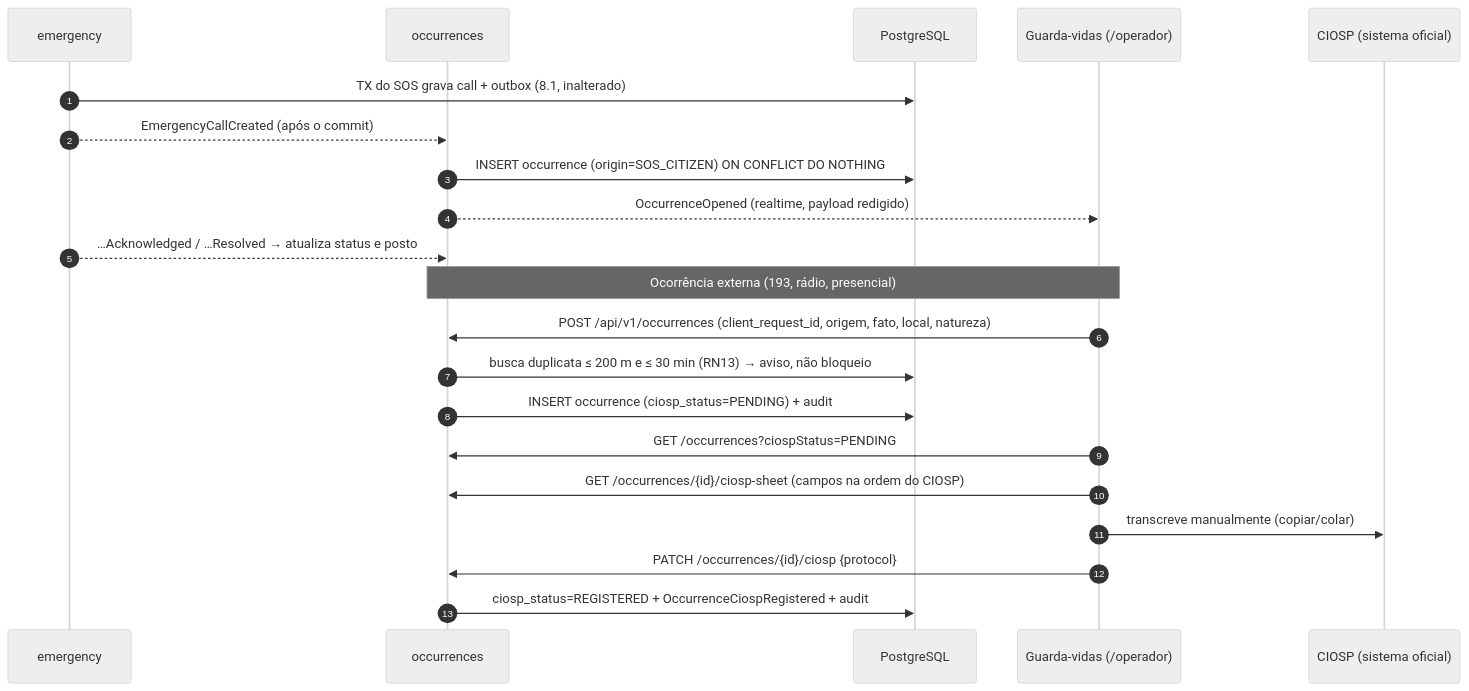
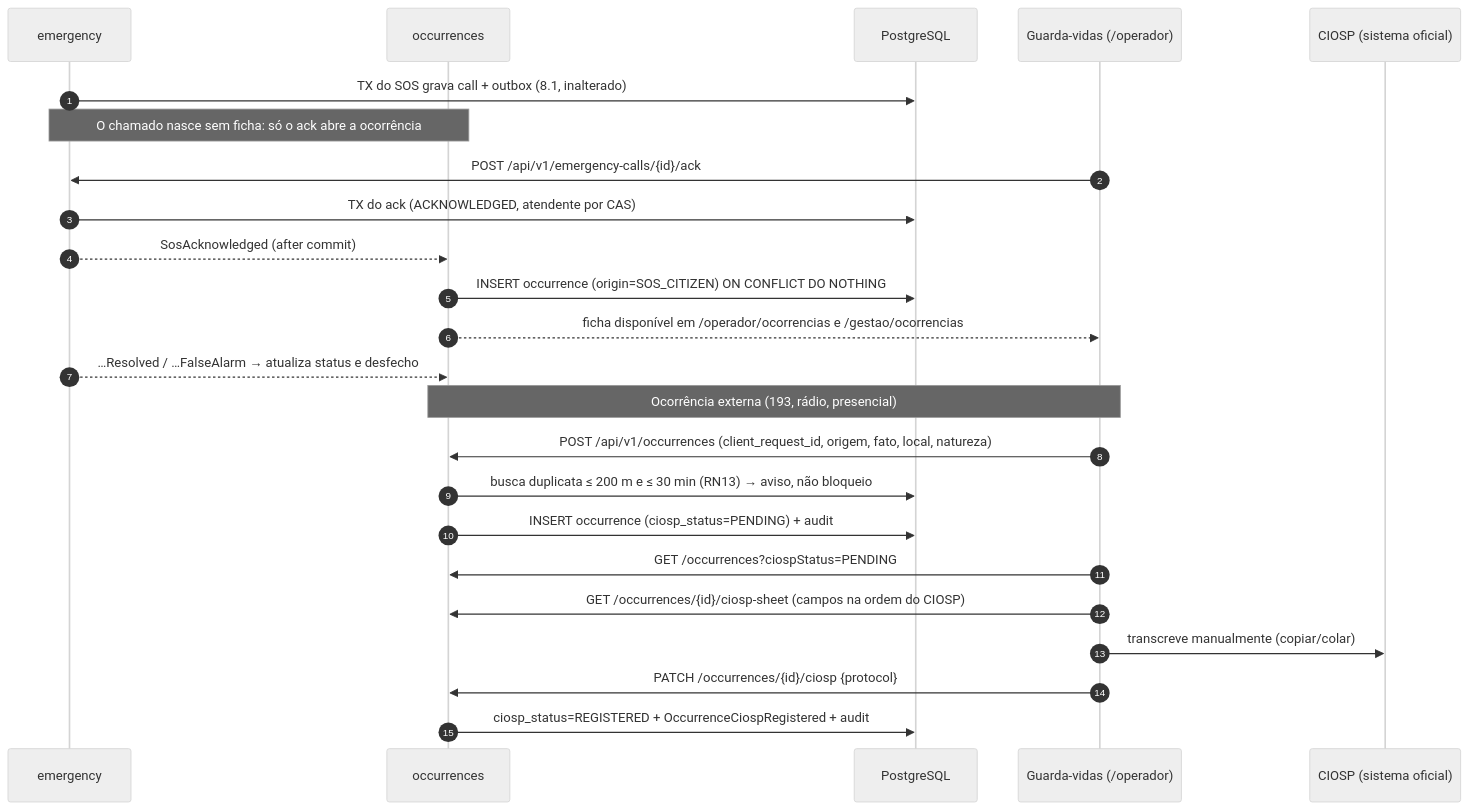
One commit to Matheuscrz/MarAberto changed the fifth of 5 diagrams in docs/Architecture.md. Above: the diagram before and after it, drawn with Mermaid (neutral theme). The commit also changed other lines of this file and 6 other files, not shown here.

````diff
--- a/docs/Architecture.md
+++ b/docs/Architecture.md
@@ -1116,24 +1181,27 @@
 ```mermaid
 sequenceDiagram
     autonumber
     participant S as emergency
     participant O as occurrences
     participant DB as PostgreSQL
     participant G as Guarda-vidas (/operador)
     participant C as CIOSP (sistema oficial)
 
     S->>DB: TX do SOS grava call + outbox (8.1, inalterado)
-    S-->>O: EmergencyCallCreated (após o commit)
+    Note over S,O: O chamado nasce sem ficha: só o ack abre a ocorrência
+    G->>S: POST /api/v1/emergency-calls/{id}/ack
+    S->>DB: TX do ack (ACKNOWLEDGED, atendente por CAS)
+    S-->>O: SosAcknowledged (after commit)
     O->>DB: INSERT occurrence (origin=SOS_CITIZEN) ON CONFLICT DO NOTHING
-    O-->>G: OccurrenceOpened (realtime, payload redigido)
-    S-->>O: …Acknowledged / …Resolved → atualiza status e posto
+    O-->>G: ficha disponível em /operador/ocorrencias e /gestao/ocorrencias
+    S-->>O: …Resolved / …FalseAlarm → atualiza status e desfecho
     Note over G,O: Ocorrência externa (193, rádio, presencial)
     G->>O: POST /api/v1/occurrences (client_request_id, origem, fato, local, natureza)
     O->>DB: busca duplicata ≤ 200 m e ≤ 30 min (RN13) → aviso, não bloqueio
     O->>DB: INSERT occurrence (ciosp_status=PENDING) + audit
     G->>O: GET /occurrences?ciospStatus=PENDING
     G->>O: GET /occurrences/{id}/ciosp-sheet (campos na ordem do CIOSP)
     G->>C: transcreve manualmente (copiar/colar)
     G->>O: PATCH /occurrences/{id}/ciosp {protocol}
     O->>DB: ciosp_status=REGISTERED + OccurrenceCiospRegistered + audit
 ```
````
